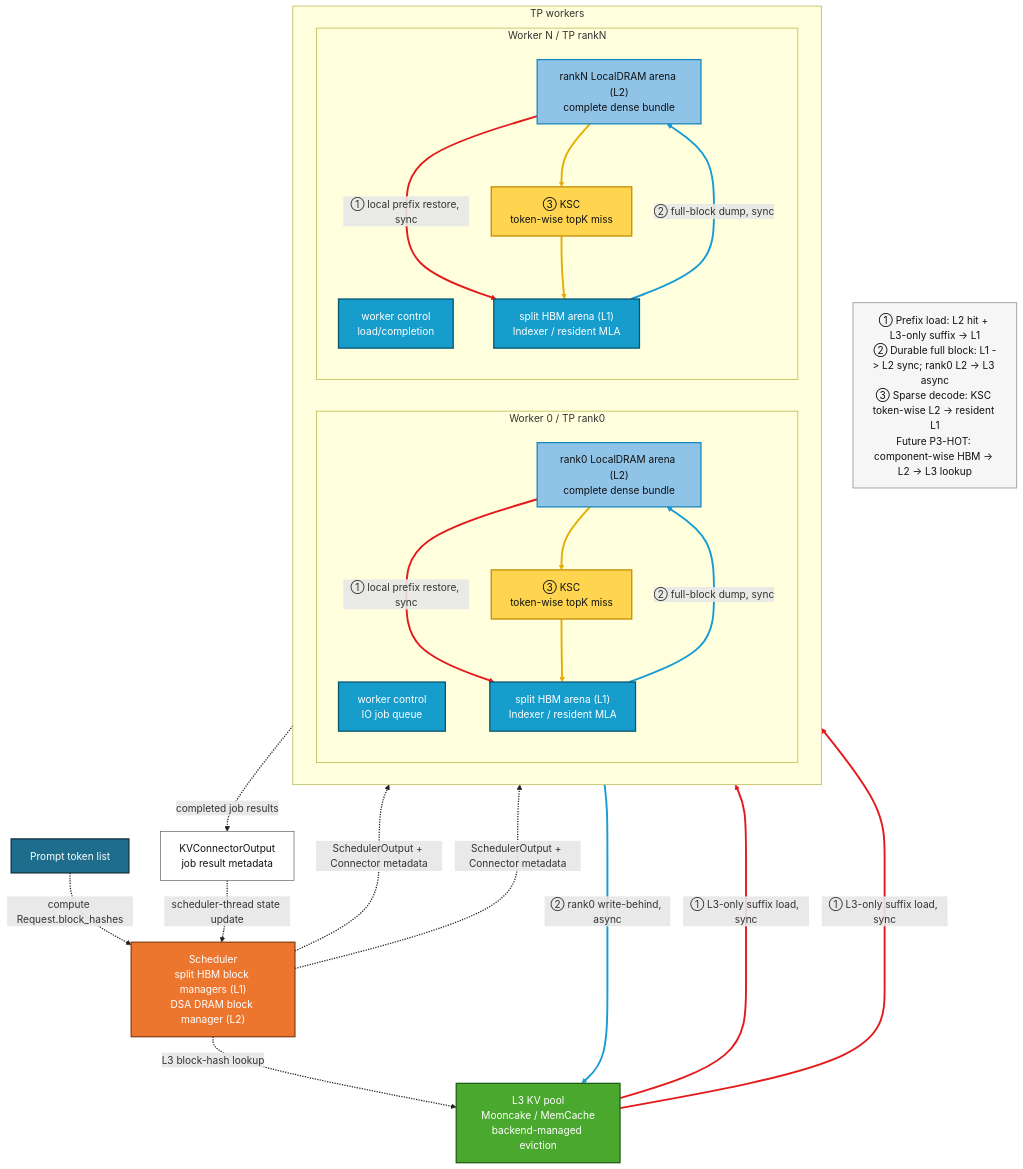
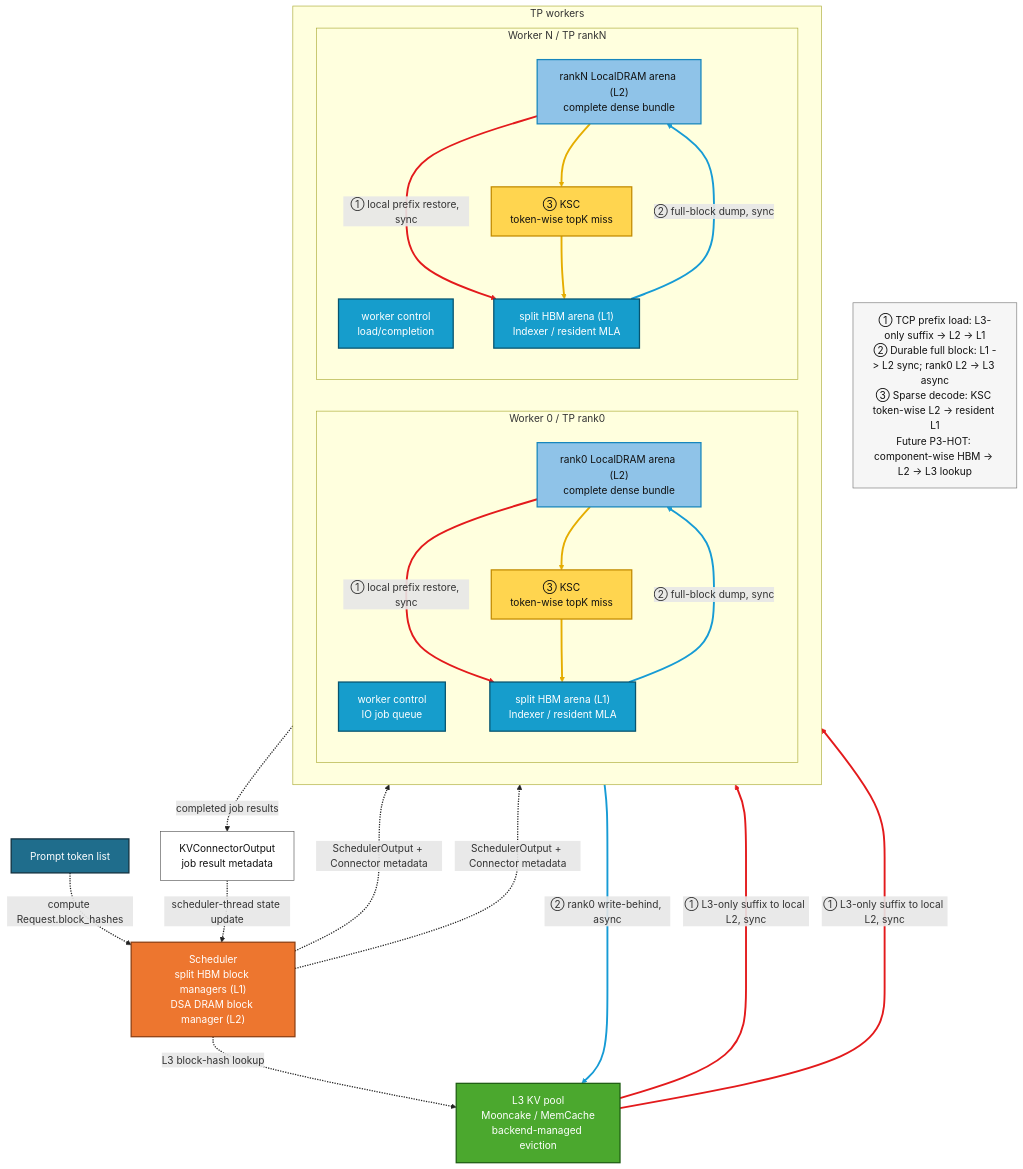
Before and after one commit to JiJiaF1020/vllm-ascend-dsa-dp-demo: the diagram in docs/source/developer_guide/Design_Documents/dsa_l2_l3_cache_design.md, drawn with Mermaid. The commit also changed other lines of this file and 36 other files, not shown here.

Commit message:
[WIP]L2→L3 write-behind：代码已接入。L3 prefix lookup/loadback：尚未实现。Mooncake当前跨NUMA H2H在A5节点上受阻，L2自由卸载到L3层无法走机内昇腾H2H快路径，只能先通过tcp路径实现IO写入

````diff
--- a/docs/source/developer_guide/Design_Documents/dsa_l2_l3_cache_design.md
+++ b/docs/source/developer_guide/Design_Documents/dsa_l2_l3_cache_design.md
@@ -254,63 +444,63 @@
 ```mermaid
 flowchart TB
     P["Prompt token list"]:::prompt
     S["Scheduler<br/>split HBM block managers (L1)<br/>DSA DRAM block manager (L2)"]:::scheduler
     KO["KVConnectorOutput<br/>job result metadata"]:::metadata
     L3["L3 KV pool<br/>Mooncake / MemCache<br/>backend-managed eviction"]:::l3
 
     subgraph WORKERS["TP workers"]
         direction LR
         subgraph R0["Worker 0 / TP rank0"]
             direction TB
             C0["worker control<br/>IO job queue"]:::worker
             H0["split HBM arena (L1)<br/>Indexer / resident MLA"]:::worker
             D0["rank0 LocalDRAM arena (L2)<br/>complete dense bundle"]:::l2
             K0["③ KSC<br/>token-wise topK miss"]:::ksc
         end
 
         subgraph RN["Worker N / TP rankN"]
             direction TB
             CN["worker control<br/>load/completion"]:::worker
             HN["split HBM arena (L1)<br/>Indexer / resident MLA"]:::worker
             DN["rankN LocalDRAM arena (L2)<br/>complete dense bundle"]:::l2
             KN["③ KSC<br/>token-wise topK miss"]:::ksc
         end
     end
 
-    LEGEND["① Prefix load: L2 hit + L3-only suffix -> L1<br/>② Durable full block: L1 -> L2 sync; rank0 L2 -> L3 async<br/>③ Sparse decode: KSC token-wise L2 -> resident L1<br/>Future P3-HOT: component-wise HBM -> L2 -> L3 lookup"]:::legend
+    LEGEND["① TCP prefix load: L3-only suffix -> L2 -> L1<br/>② Durable full block: L1 -> L2 sync; rank0 L2 -> L3 async<br/>③ Sparse decode: KSC token-wise L2 -> resident L1<br/>Future P3-HOT: component-wise HBM -> L2 -> L3 lookup"]:::legend
 
     P -. "compute Request.block_hashes" .-> S
     S -. "L3 block-hash lookup" .-> L3
     S -. "SchedulerOutput + Connector metadata" .-> C0
     S -. "SchedulerOutput + Connector metadata" .-> CN
     C0 -. "completed job results" .-> KO
     KO -. "scheduler-thread state update" .-> S
 
     D0 -->|"① local prefix restore, sync"| H0
     DN -->|"① local prefix restore, sync"| HN
-    L3 -->|"① L3-only suffix load, sync"| H0
-    L3 -->|"① L3-only suffix load, sync"| HN
+    L3 -->|"① L3-only suffix to local L2, sync"| D0
+    L3 -->|"① L3-only suffix to local L2, sync"| DN
 
     H0 -->|"② full-block dump, sync"| D0
     HN -->|"② full-block dump, sync"| DN
     D0 -->|"② rank0 write-behind, async"| L3
 
     D0 --> K0
     K0 --> H0
     DN --> KN
     KN --> HN
 
     classDef prompt fill:#1f6d8c,color:#ffffff,stroke:#102f3d,stroke-width:2px;
     classDef scheduler fill:#ed762f,color:#ffffff,stroke:#8d3f12,stroke-width:2px;
     classDef worker fill:#169dcc,color:#ffffff,stroke:#07546f,stroke-width:2px;
     classDef l2 fill:#8fc3e8,color:#111111,stroke:#1786bd,stroke-width:2px;
     classDef l3 fill:#4ba82e,color:#ffffff,stroke:#1e5d12,stroke-width:2px;
     classDef metadata fill:#ffffff,color:#111111,stroke:#555555,stroke-width:1px;
     classDef ksc fill:#ffd54f,color:#111111,stroke:#c28b00,stroke-width:2px;
     classDef legend fill:#f6f6f6,color:#111111,stroke:#777777,stroke-width:1px;
 
     linkStyle 0,1,2,3,4,5 stroke:#222222,stroke-width:2px;
     linkStyle 6,7,8,9 stroke:#e31a1c,stroke-width:3px;
     linkStyle 10,11,12 stroke:#169bd5,stroke-width:3px;
     linkStyle 13,14,15,16 stroke:#e5ad00,stroke-width:3px;
 ```
````
